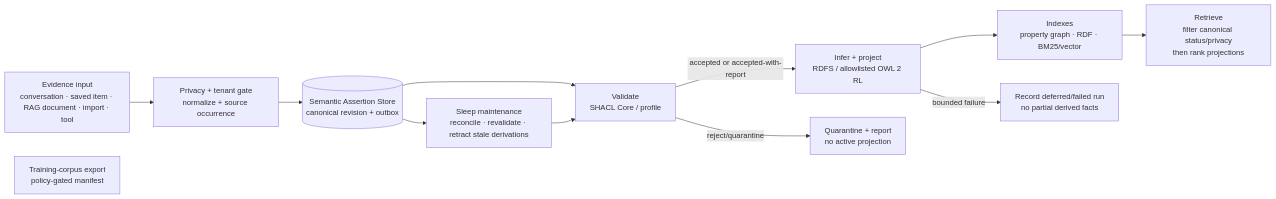
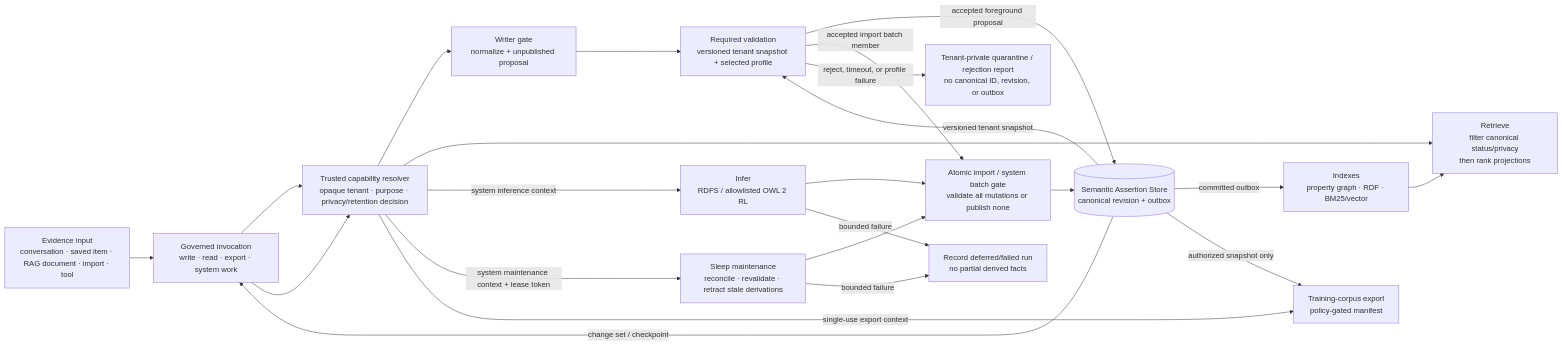
The diagram in docs/architecture/storage/SEMANTIC_KNOWLEDGE_ARCHITECTURE.md (KestrelSovereignAI/kestrel-sovereign), drawn with Mermaid before and after one commit. The commit also changed other lines of this file and 1 other file, not shown here.

Commit message:
docs: Tightened the semantic contract’s fail-closed DEIDENTIFIED, deterministic tenant/literal identity, pre-publication validation, and privacy-erasure rules; updated storage notes accordingly. All (#2741)

````diff
--- a/docs/architecture/storage/SEMANTIC_KNOWLEDGE_ARCHITECTURE.md
+++ b/docs/architecture/storage/SEMANTIC_KNOWLEDGE_ARCHITECTURE.md
@@ -306,18 +492,32 @@
 ```mermaid
 flowchart LR
     I["Evidence input\nconversation · saved item · RAG document · import · tool"]
-    P["Privacy + tenant gate\nnormalize + source occurrence"]
+    G["Governed invocation\nwrite · read · export · system work"]
+    C["Trusted capability resolver\nopaque tenant · purpose · privacy/retention decision"]
+    P["Writer gate\nnormalize + unpublished proposal"]
+    V["Required validation\nversioned tenant snapshot + selected profile"]
+    B["Atomic import / system batch gate\nvalidate all mutations or publish none"]
     W[("Semantic Assertion Store\ncanonical revision + outbox")]
-    V["Validate\nSHACL Core / profile"]
-    F["Infer + project\nRDFS / allowlisted OWL 2 RL"]
+    F["Infer\nRDFS / allowlisted OWL 2 RL"]
     X["Indexes\nproperty graph · RDF · BM25/vector"]
     R["Retrieve\nfilter canonical status/privacy\nthen rank projections"]
     S["Sleep maintenance\nreconcile · revalidate · retract stale derivations"]
     T["Training-corpus export\npolicy-gated manifest"]
+    Q["Tenant-private quarantine / rejection report\nno canonical ID, revision, or outbox"]
+    D["Record deferred/failed run\nno partial derived facts"]
 
-    I --> P --> W --> V
-    V -->|accepted or accepted-with-report| F --> X --> R
-    W --> S --> V
-    V -->|reject/quarantine| Q["Quarantine + report\nno active projection"]
-    F -->|bounded failure| D["Record deferred/failed run\nno partial derived facts"]
+    I --> G --> C --> P --> V
+    W -->|versioned tenant snapshot| V
+    V -->|accepted foreground proposal| W
+    V -->|accepted import batch member| B
+    V -->|reject, timeout, or profile failure| Q
+    W -->|committed outbox| X --> R
+    G --> C --> R
+    W -->|change set / checkpoint| G
+    C -->|system inference context| F --> B --> W
+    C -->|system maintenance context + lease token| S --> B
+    F -->|bounded failure| D
+    S -->|bounded failure| D
+    C -->|single-use export context| T
+    W -->|authorized snapshot only| T
 ```
````
